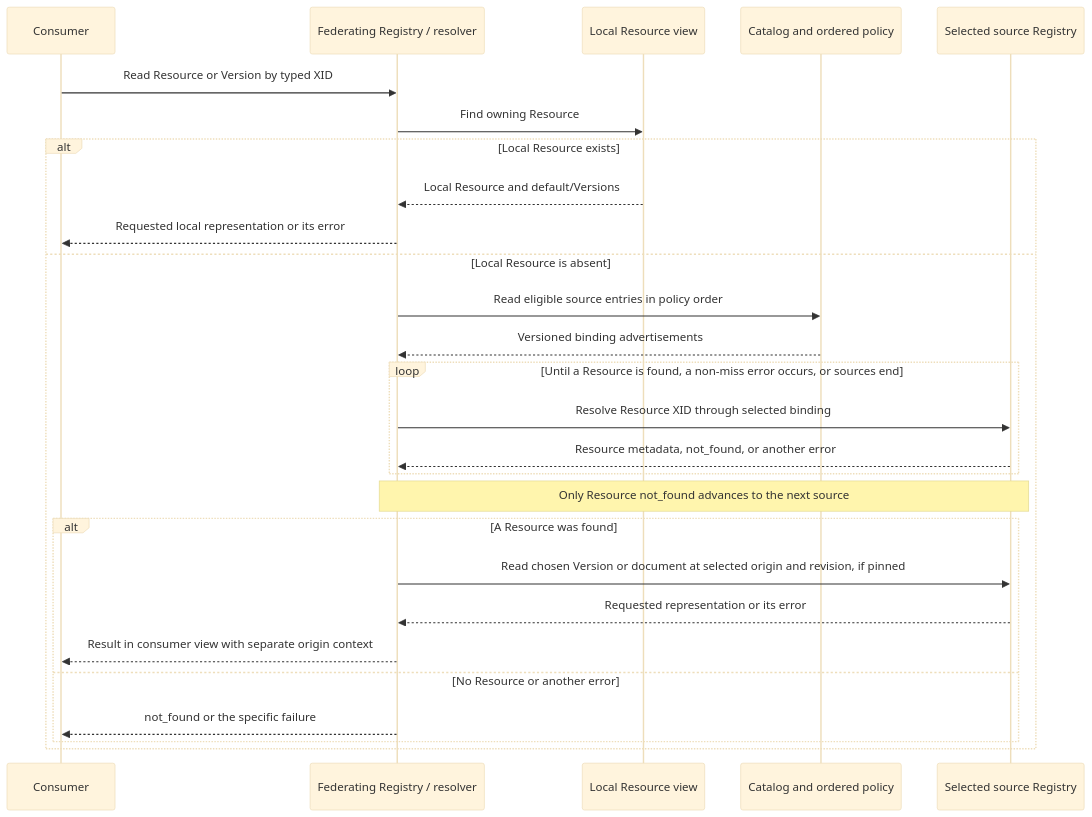
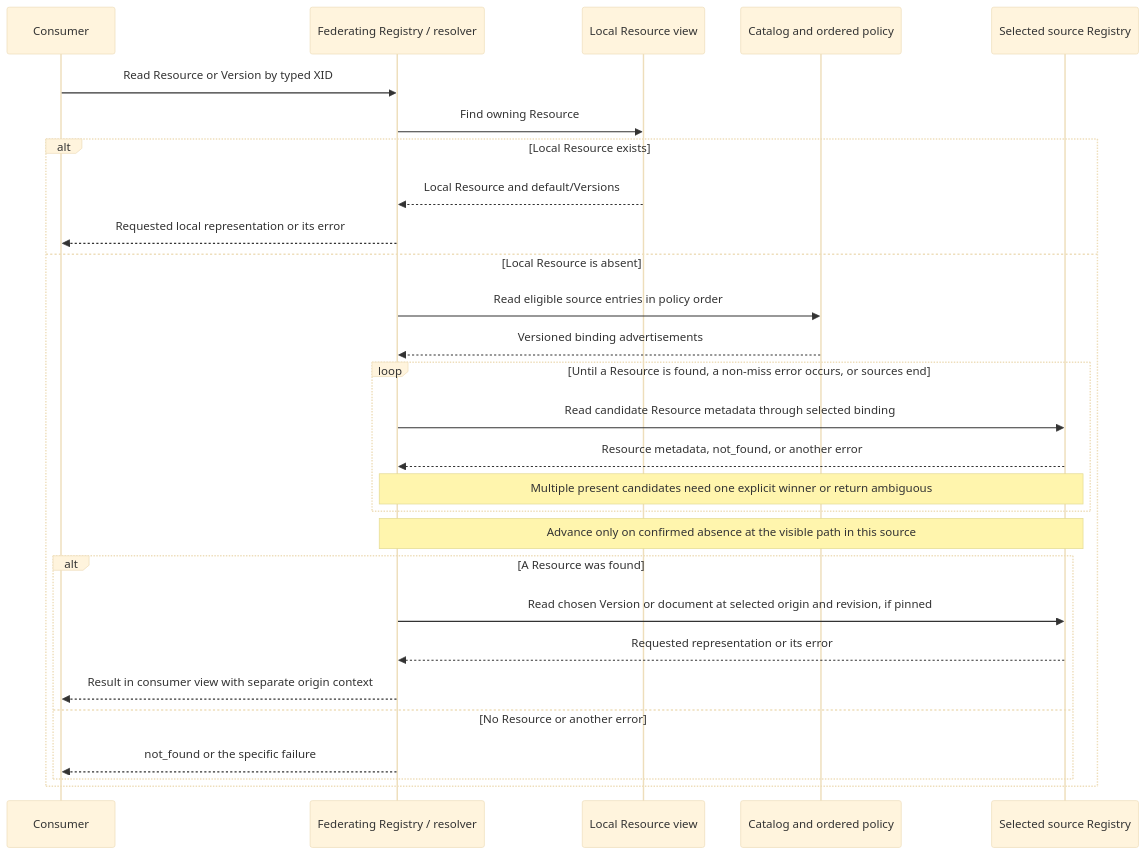
One commit to xregistry/spec changed the second of 2 diagrams in workingdrafts/federation/spec.md. Above: the diagram before and after it, drawn with Mermaid (base theme). The commit also changed other lines of this file and 7 other files, not shown here.

````diff
--- a/workingdrafts/federation/spec.md
+++ b/workingdrafts/federation/spec.md
@@ -406,29 +456,30 @@
 ```mermaid
 sequenceDiagram
     participant C as Consumer
     participant R as Federating Registry / resolver
     participant L as Local Resource view
     participant K as Catalog and ordered policy
     participant S as Selected source Registry
     C->>R: Read Resource or Version by typed XID
     R->>L: Find owning Resource
     alt Local Resource exists
         L-->>R: Local Resource and default/Versions
         R-->>C: Requested local representation or its error
     else Local Resource is absent
         R->>K: Read eligible source entries in policy order
         K-->>R: Versioned binding advertisements
         loop Until a Resource is found, a non-miss error occurs, or sources end
-            R->>S: Resolve Resource XID through selected binding
+            R->>S: Read candidate Resource metadata through selected binding
             S-->>R: Resource metadata, not_found, or another error
+            Note over R,S: Multiple present candidates need one explicit winner or return ambiguous
         end
-        Note over R,S: Only Resource not_found advances to the next source
+        Note over R,S: Advance only on confirmed absence at the visible path in this source
         alt A Resource was found
             R->>S: Read chosen Version or document at selected origin and revision, if pinned
             S-->>R: Requested representation or its error
             R-->>C: Result in consumer view with separate origin context
         else No Resource or another error
             R-->>C: not_found or the specific failure
         end
     end
 ```
````
